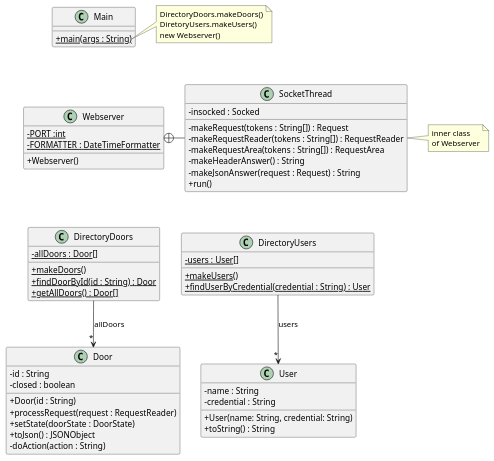
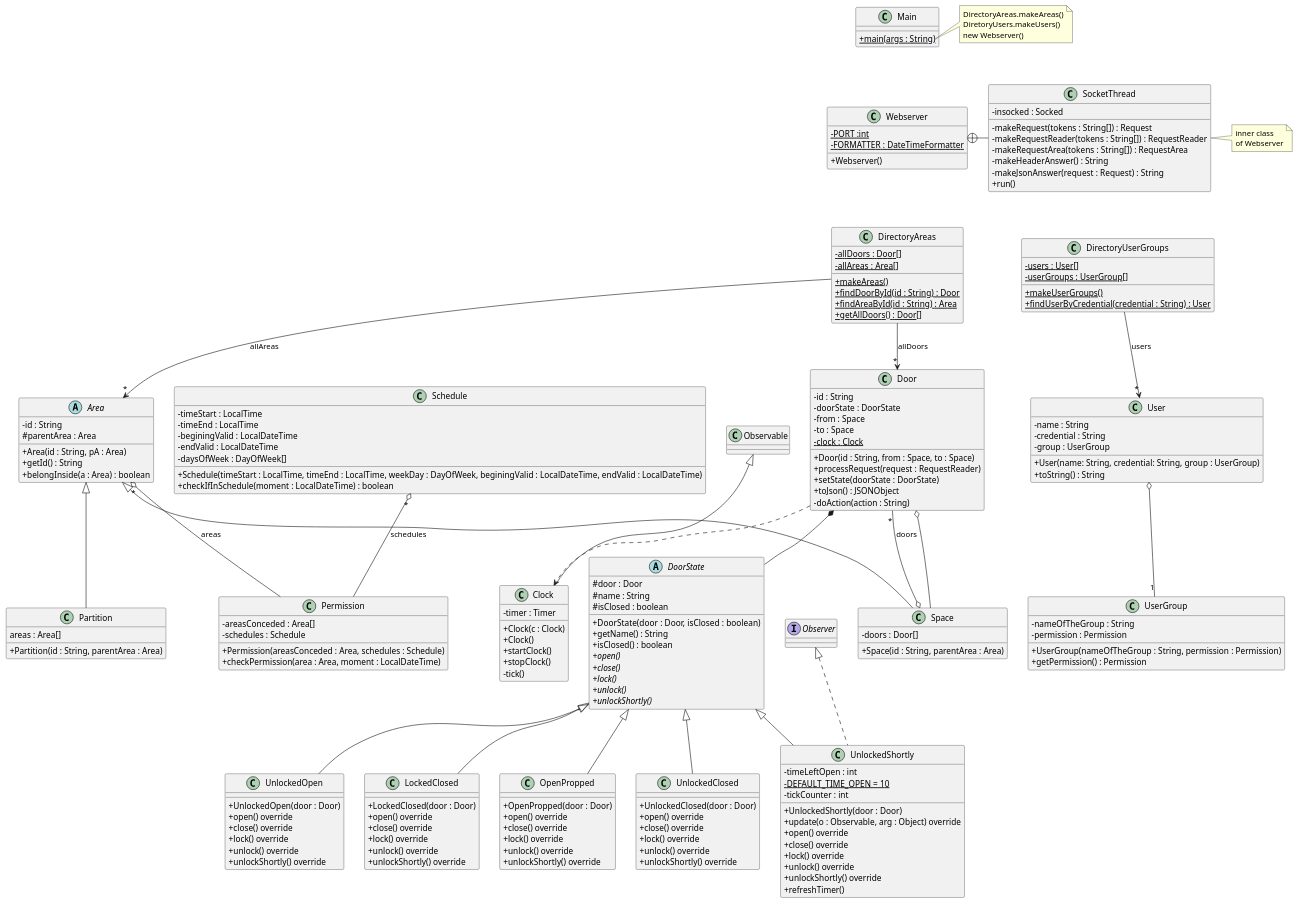
Before and after one commit to PolRS/PracticaDS: the diagram in out/production/PracticaGit/baseNoStates/uml/base_no_states.puml, drawn with PlantUML. The commit also changed 20 other files, not shown here.

```diff
--- a/out/production/PracticaGit/baseNoStates/uml/base_no_states.puml
+++ b/out/production/PracticaGit/baseNoStates/uml/base_no_states.puml
@@ -25,27 +25,33 @@
 of Webserver
 end note
 
-class DirectoryDoors {
+class DirectoryAreas {
 - {static} allDoors : Door[]
-+ {static} makeDoors()
+- {static} allAreas : Area[]
++ {static} makeAreas()
 + {static} findDoorById(id : String) : Door
++ {static} findAreaById(id : String) : Area
 + {static} getAllDoors() : Door[]
 }
 
-DirectoryDoors --> "*" Door : "allDoors"
+DirectoryAreas --> "*" Door : "allDoors"
 
-class DirectoryUsers {
+class DirectoryUserGroups {
 - {static} users : User[]
-+ {static} makeUsers()
+- {static} userGroups : UserGroup[]
++ {static} makeUserGroups()
 + {static} findUserByCredential(credential : String) : User
 }
 
-DirectoryUsers --> "*" User : "users"
+DirectoryUserGroups --> "*" User : "users"
 
 class Door {
 - id : String
-- closed : boolean
-+ Door(id : String)
+- doorState : DoorState
+- from : Space
+- to : Space
+- {static} clock : Clock
++ Door(id : String, from : Space, to : Space)
 + processRequest(request : RequestReader)
 + setState(doorState : DoorState)
 + toJson() : JSONObject
@@ -53,29 +59,162 @@
 '+ isClosed() :boolean
 '+ setClosed(b : boolean)
 '+ getStateName() : String
+'+ getId() : String
+'+ setState(ds : DoorState)
+'+ getFrom()
+'+ getTo()
+'+ getClock()
 - doAction(action : String)
 }
 
+Space o-- "*" Door : doors
+Door *-- DoorState
+Door o-- Space
+Door ..> Clock
+
+abstract class DoorState {
+# door : Door
+# name : String
+# isClosed : boolean
++ DoorState(door : Door, isClosed : boolean)
++ getName() : String
++ isClosed() : boolean
++ {abstract} open()
++ {abstract} close()
++ {abstract} lock()
++ {abstract} unlock()
++ {abstract} unlockShortly()
+}
+
+class LockedClosed extends DoorState {
++ LockedClosed(door : Door)
++ open() override
++ close() override
++ lock() override
++ unlock() override
++ unlockShortly() override
+}
+
+class OpenPropped extends DoorState {
++ OpenPropped(door : Door)
++ open() override
++ close() override
++ lock() override
++ unlock() override
++ unlockShortly() override
+}
+
+class UnlockedClosed extends DoorState {
++ UnlockedClosed(door : Door)
++ open() override
++ close() override
++ lock() override
++ unlock() override
++ unlockShortly() override
+}
+
+class UnlockedOpen extends DoorState {
++ UnlockedOpen(door : Door)
++ open() override
++ close() override
++ lock() override
++ unlock() override
++ unlockShortly() override
+}
+
+class UnlockedShortly extends DoorState implements Observer {
+- timeLeftOpen : int
+- {static} DEFAULT_TIME_OPEN = 10
+- tickCounter : int
++ UnlockedShortly(door : Door)
++ update(o : Observable, arg : Object) override
++ open() override
++ close() override
++ lock() override
++ unlock() override
++ unlockShortly() override
++ refreshTimer()
+}
 
 class User {
 - name : String
 - credential : String
-+ User(name: String, credential: String)
+- group : UserGroup
++ User(name: String, credential: String, group : UserGroup)
 + toString() : String
+'+ getCredential : String
+'+ getUserGroup : UserGroup
 }
 
+User o-- "1" UserGroup
+
+class UserGroup {
+- nameOfTheGroup : String
+- permission : Permission
++ UserGroup(nameOfTheGroup : String, permission : Permission)
++ getPermission() : Permission
+}
+
+class Permission {
+- areasConceded : Area[]
+- schedules : Schedule
++ Permission(areasConceded : Area, schedules : Schedule)
++ checkPermission(area : Area, moment : LocalDateTime)
+}
+
+Area "*" o-- Permission : "areas"
+Schedule "*" o-- Permission : schedules
+
+class Schedule {
+- timeStart : LocalTime
+- timeEnd : LocalTime
+- beginingValid : LocalDateTime
+- endValid : LocalDateTime
+- daysOfWeek : DayOfWeek[]
++ Schedule(timeStart : LocalTime, timeEnd : LocalTime, weekDay : DayOfWeek, beginingValid : LocalDateTime, endValid : LocalDateTime)
++ checkIfInSchedule(moment : LocalDateTime) : boolean
+}
+
+abstract class Area {
+- id : String
+# parentArea : Area
++ Area(id : String, pA : Area)
++ getId() : String
++ belongInside(a : Area) : boolean
+}
+
+DirectoryAreas --> "*" Area : "allAreas"
+
+class Partition extends Area {
+areas : Area[]
++ Partition(id : String, parentArea : Area)
+}
+
+class Space extends Area {
+- doors : Door[]
++ Space(id : String, parentArea : Area)
+}
 
 class Main {
 + {static} main(args : String)
 }
 
+class Clock extends Observable {
+- timer : Timer
++ Clock(c : Clock)
++ Clock()
++ startClock()
++ stopClock()
+- tick()
+}
+
 note right of Main::main
-DirectoryDoors.makeDoors()
+DirectoryAreas.makeAreas()
 DiretoryUsers.makeUsers()
 new Webserver()
 end note
 
 Main -[hidden]down- Webserver
-Webserver -[hidden]down- DirectoryDoors
-DirectoryDoors -[hidden]right- DirectoryUsers
+Webserver -[hidden]down- DirectoryAreas
+DirectoryAreas -[hidden]right- DirectoryUserGroups
 @enduml
```
